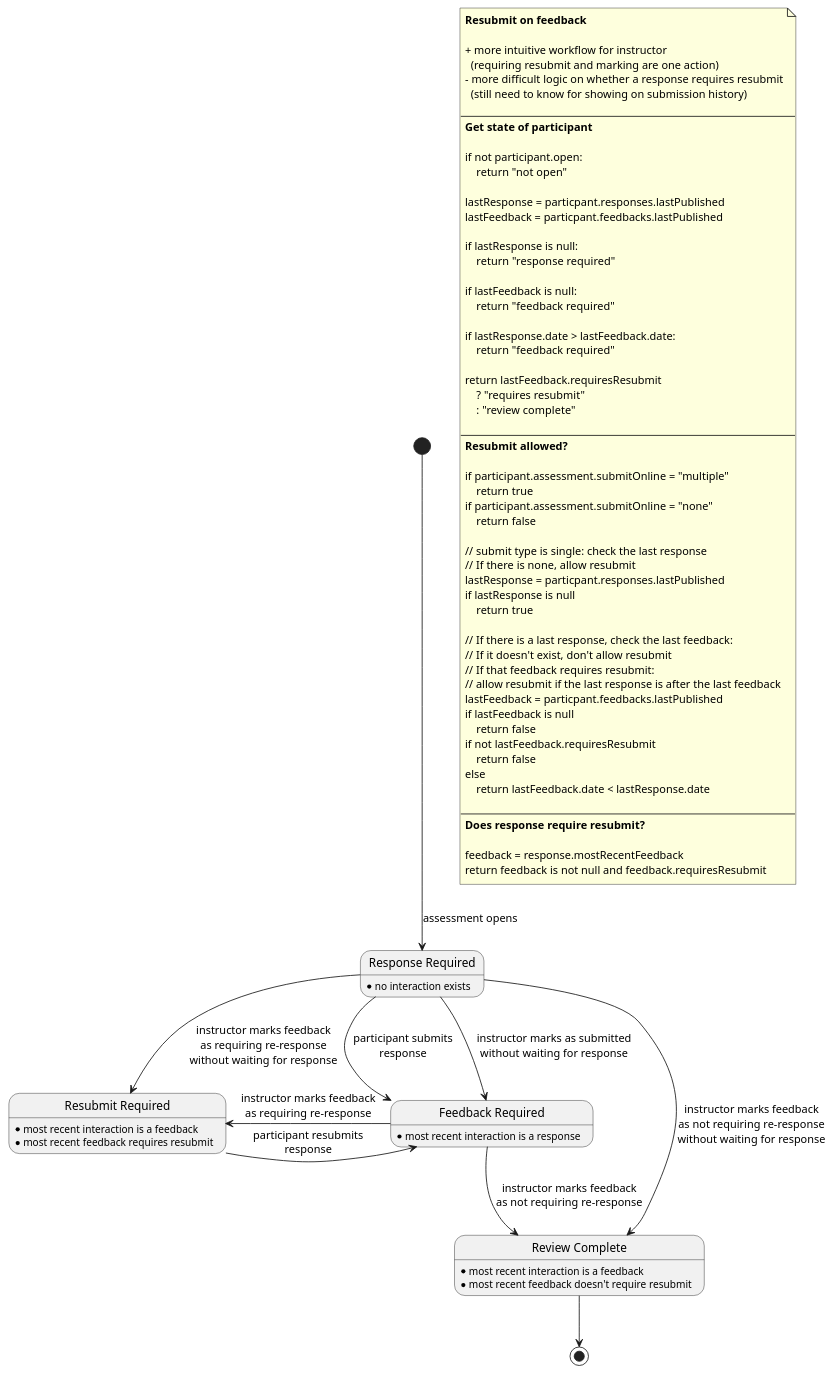
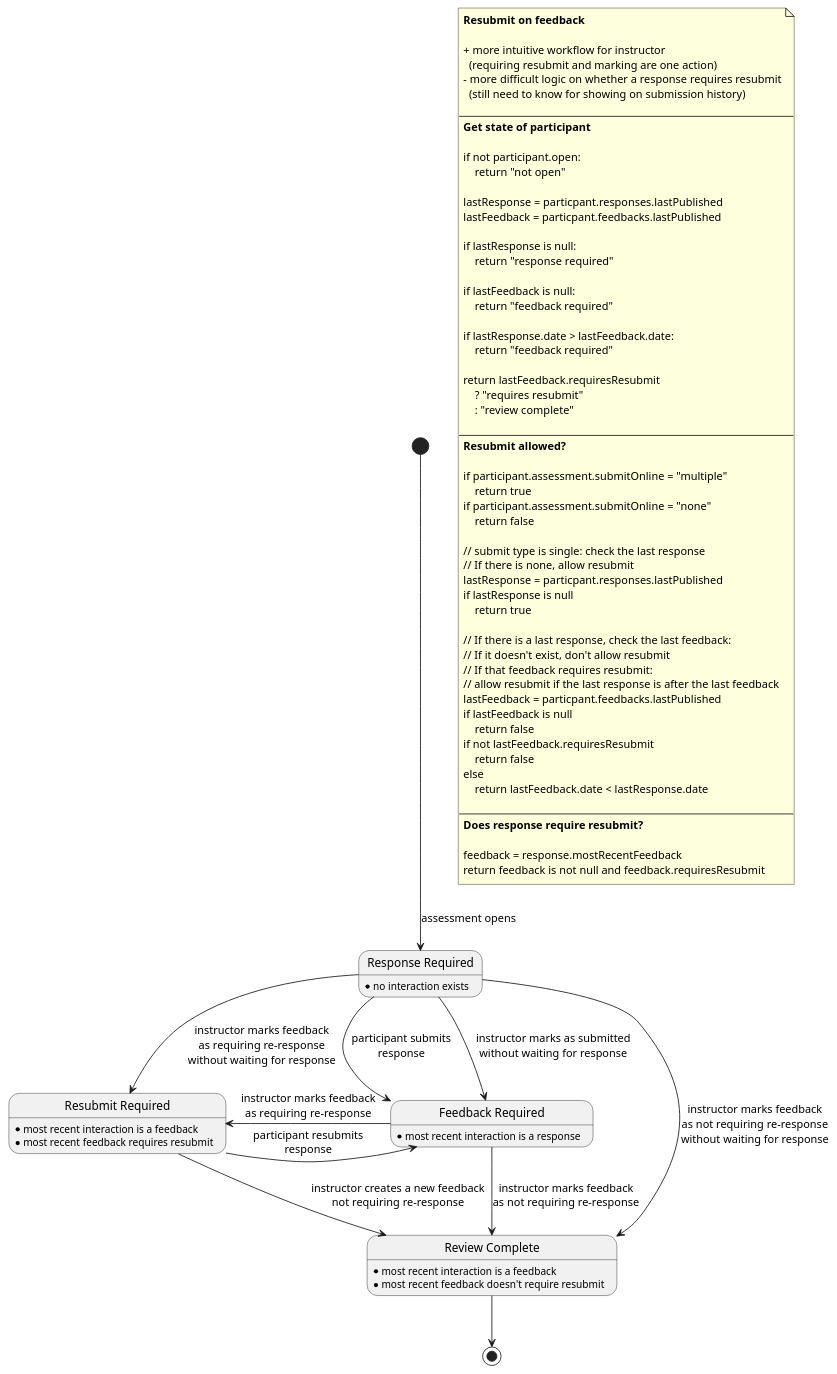
One commit to juliaattrevisan/schoolbox-api-docs changed the diagram in library/Schoolbox/Learning/Assessment/DueWork/resubmit-on-feedback.plantuml. Above: the diagram before and after it, drawn with PlantUML.

Commit message:
Transition from resub required to review complete, for feedback resub only [SA-9500]
I don't think this transition is viable for the response resub, as the
response is generally created by the student: the response would have to
be edited by the teacher after it had been created, thus losing history.

```diff
--- a/library/Schoolbox/Learning/Assessment/DueWork/resubmit-on-feedback.plantuml
+++ b/library/Schoolbox/Learning/Assessment/DueWork/resubmit-on-feedback.plantuml
@@ -1,94 +1,95 @@
 @startuml
 
 note as n1
     <b>Resubmit on feedback</b>
 
     + more intuitive workflow for instructor
       (requiring resubmit and marking are one action)
     - more difficult logic on whether a response requires resubmit
       (still need to know for showing on submission history)
 
     ----
     <b>Get state of participant</b>
 
     if not participant.open:
         return "not open"
 
     lastResponse = particpant.responses.lastPublished
     lastFeedback = particpant.feedbacks.lastPublished
 
     if lastResponse is null:
         return "response required"
 
     if lastFeedback is null:
         return "feedback required"
 
     if lastResponse.date > lastFeedback.date:
         return "feedback required"
 
     return lastFeedback.requiresResubmit
         ? "requires resubmit"
         : "review complete"
 
     ----
     <b>Resubmit allowed?</b>
 
     if participant.assessment.submitOnline = "multiple"
         return true
     if participant.assessment.submitOnline = "none"
         return false
 
     // submit type is single: check the last response
     // If there is none, allow resubmit
     lastResponse = particpant.responses.lastPublished
     if lastResponse is null
         return true
 
     // If there is a last response, check the last feedback:
     // If it doesn't exist, don't allow resubmit
     // If that feedback requires resubmit:
     // allow resubmit if the last response is after the last feedback
     lastFeedback = particpant.feedbacks.lastPublished
     if lastFeedback is null
         return false
     if not lastFeedback.requiresResubmit
         return false
     else
         return lastFeedback.date < lastResponse.date
 
     ----
     <b>Does response require resubmit?</b>
 
     feedback = response.mostRecentFeedback
     return feedback is not null and feedback.requiresResubmit
 end note
 
 state "Response Required" as RR
 RR : \
 * no interaction exists
 
 state "Feedback Required" as FR
 FR : \
 * most recent interaction is a response
 
 state "Review Complete" as RC
 RC : \
 * most recent interaction is a feedback\n\
 * most recent feedback doesn't require resubmit
 
 state "Resubmit Required" as RS
 RS : \
 * most recent interaction is a feedback\n\
 * most recent feedback requires resubmit
 
 [*] --> RR : assessment opens
 RR --> FR  : participant submits\nresponse
 RR --> FR  : instructor marks as submitted\nwithout waiting for response
 RR --> RC  : instructor marks feedback\nas not requiring re-response\nwithout waiting for response
 RR --> RS  : instructor marks feedback\nas requiring re-response\nwithout waiting for response
+RS --> RC  : instructor creates a new feedback\nnot requiring re-response
 FR --> RC  : instructor marks feedback\nas not requiring re-response
 FR -left-> RS : instructor marks feedback\nas requiring re-response
 RS -right-> FR  : participant resubmits\nresponse
 RC --> [*]
 
 @enduml
```
